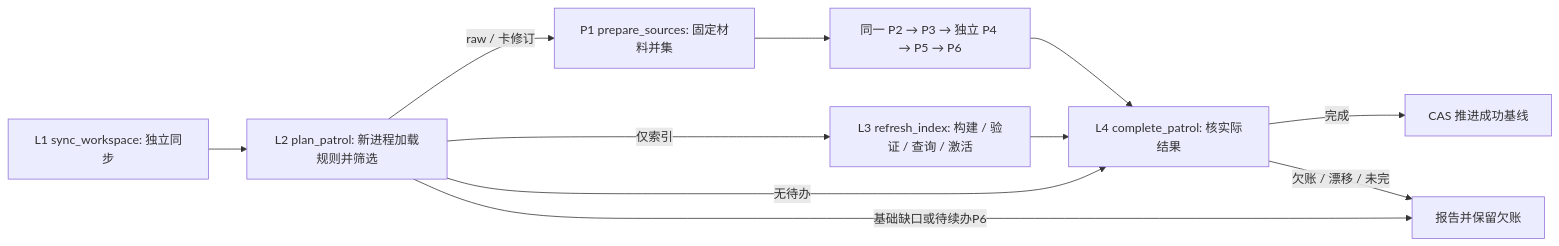
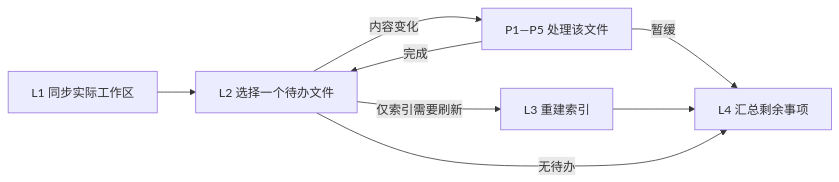
Before and after one commit to Robin-hhc/FactumCore: the second of 2 diagrams in himate/himate-knowledge-wifi-mp/docs-llm-wiki/知识库详细设计.md, drawn with Mermaid. The commit also changed other lines of this file and 411 other files, not shown here.

````diff
--- a/himate/himate-knowledge-wifi-mp/docs-llm-wiki/知识库详细设计.md
+++ b/himate/himate-knowledge-wifi-mp/docs-llm-wiki/知识库详细设计.md
@@ -256,13 +78,10 @@
 ```mermaid
 flowchart LR
-    S[L1 sync_workspace: 独立同步] --> P[L2 plan_patrol: 新进程加载规则并筛选]
-    P -->|raw / 卡修订| M[P1 prepare_sources: 固定材料并集]
-    M --> A[同一 P2 → P3 → 独立 P4 → P5 → P6]
-    P -->|仅索引| I[L3 refresh_index: 构建 / 验证 / 查询 / 激活]
-    P -->|无待办| C[L4 complete_patrol: 核实际结果]
-    A --> C
-    I --> C
-    C -->|完成| E[CAS 推进成功基线]
-    P -->|基础缺口或待续办P6| R[报告并保留欠账]
-    C -->|欠账 / 漂移 / 未完| R
+    L1["L1 同步实际工作区"] --> L2["L2 选择一个待办文件"]
+    L2 -->|内容变化| P["P1—P5 处理该文件"]
+    P -->|完成| L2
+    P -->|暂缓| L4["L4 汇总剩余事项"]
+    L2 -->|仅索引需要刷新| L3["L3 重建索引"]
+    L3 --> L4
+    L2 -->|无待办| L4
 ```
````
